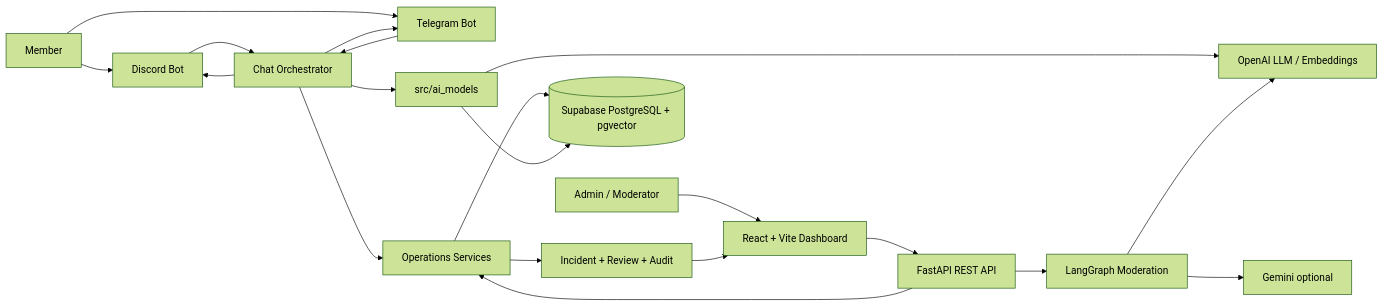
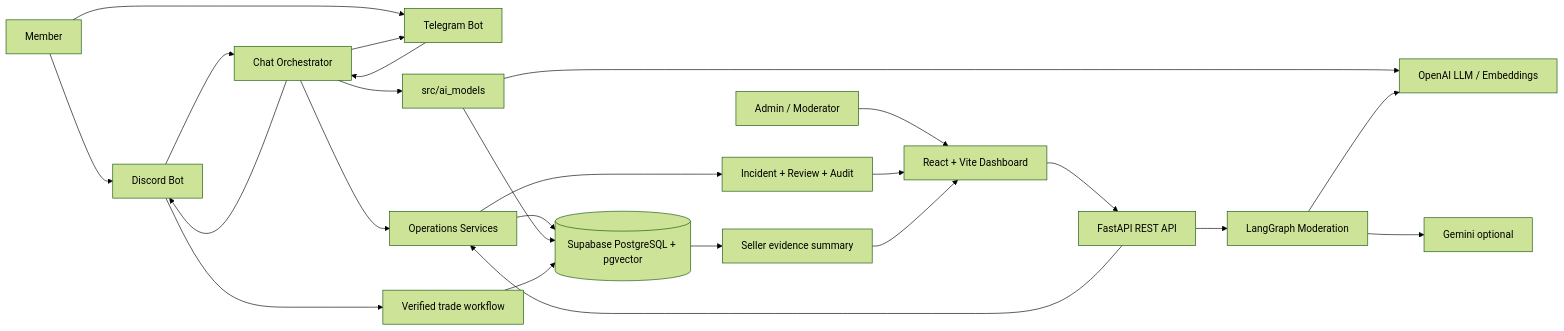
The first of 5 diagrams in docs/architecture_diagram.md (thanq204/ChatBot-THO), drawn with Mermaid (forest theme) before and after one commit. The commit also changed other lines of this file and 20 other files, not shown here.

Commit message:
feat: add member experience and verified trade flow

````diff
--- a/docs/architecture_diagram.md
+++ b/docs/architecture_diagram.md
@@ -7,22 +7,26 @@
 ```mermaid
 flowchart LR
     Member["Member"] --> Discord["Discord Bot"]
     Member --> Telegram["Telegram Bot"]
     Admin["Admin / Moderator"] --> UI["React + Vite Dashboard"]
     Discord --> Chat["Chat Orchestrator"]
     Telegram --> Chat
     UI --> API["FastAPI REST API"]
     API --> Ops["Operations Services"]
     API --> ModerationGraph["LangGraph Moderation"]
     Chat --> Ops
     Chat --> Models["src/ai_models"]
     Ops --> Supabase[("Supabase PostgreSQL + pgvector")]
     Models --> Supabase
     Models --> OpenAI["OpenAI LLM / Embeddings"]
     ModerationGraph --> OpenAI
     ModerationGraph --> Gemini["Gemini optional"]
     Ops --> Incidents["Incident + Review + Audit"]
     Incidents --> UI
+    Discord --> Trade["Verified trade workflow"]
+    Trade --> Supabase
+    Supabase --> Seller["Seller evidence summary"]
+    Seller --> UI
     Chat --> Discord
     Chat --> Telegram
 ```
````
